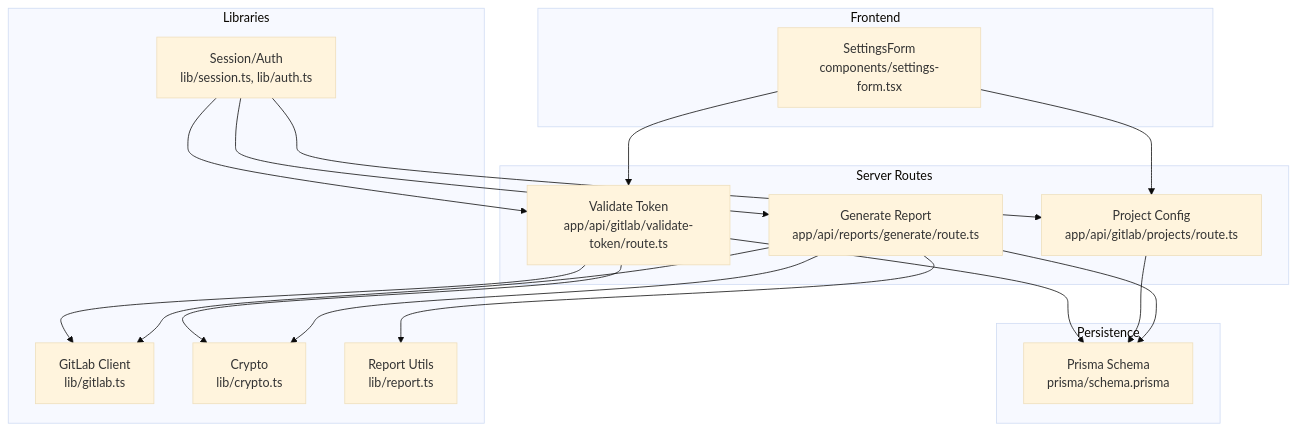
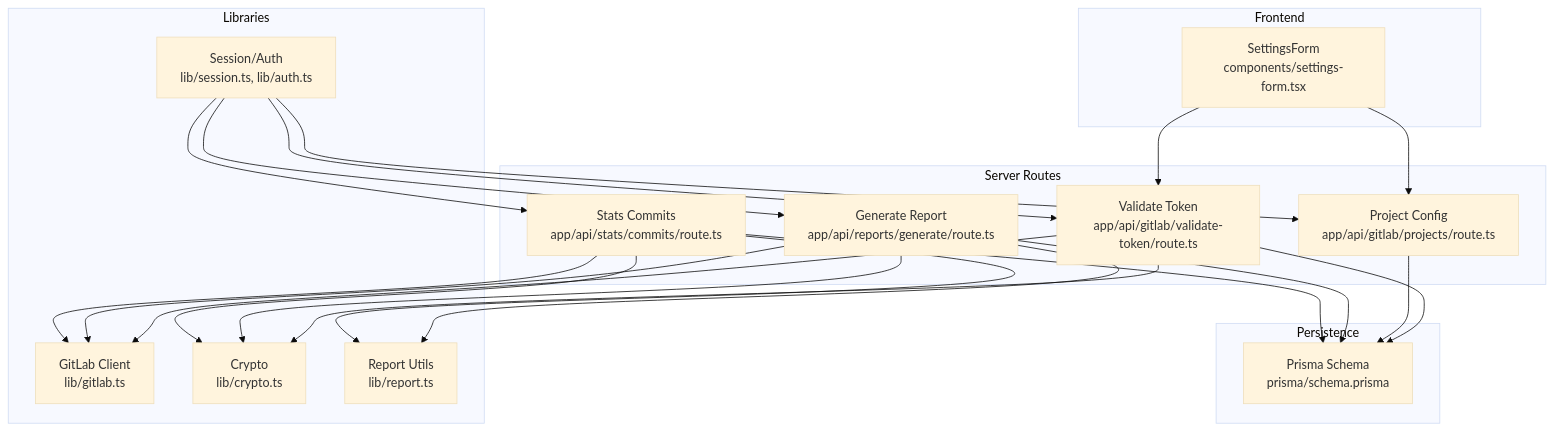
The first of 10 diagrams in .qoder/repowiki/en/content/Report Generation System/GitLab Integration.md (jrj444/git-daily), drawn with Mermaid (base theme) before and after one commit. The commit also changed other lines of this file and 26 other files, not shown here.

````diff
--- a/.qoder/repowiki/en/content/Report Generation System/GitLab Integration.md
+++ b/.qoder/repowiki/en/content/Report Generation System/GitLab Integration.md
@@ -40,33 +52,39 @@
 ```mermaid
 graph TB
 subgraph "Frontend"
 SF["SettingsForm<br/>components/settings-form.tsx"]
 end
 subgraph "Server Routes"
 VT["Validate Token<br/>app/api/gitlab/validate-token/route.ts"]
 PJ["Project Config<br/>app/api/gitlab/projects/route.ts"]
 GR["Generate Report<br/>app/api/reports/generate/route.ts"]
+SC["Stats Commits<br/>app/api/stats/commits/route.ts"]
 end
 subgraph "Libraries"
 GL["GitLab Client<br/>lib/gitlab.ts"]
 CR["Crypto<br/>lib/crypto.ts"]
 SE["Session/Auth<br/>lib/session.ts, lib/auth.ts"]
 RP["Report Utils<br/>lib/report.ts"]
 end
 subgraph "Persistence"
 PR["Prisma Schema<br/>prisma/schema.prisma"]
 end
 SF --> VT
 SF --> PJ
 VT --> GL
 VT --> CR
 VT --> PR
 PJ --> PR
 GR --> GL
 GR --> CR
 GR --> PR
 GR --> RP
+SC --> GL
+SC --> CR
+SC --> PR
+SC --> RP
 SE --> VT
 SE --> PJ
 SE --> GR
+SE --> SC
 ```
````
